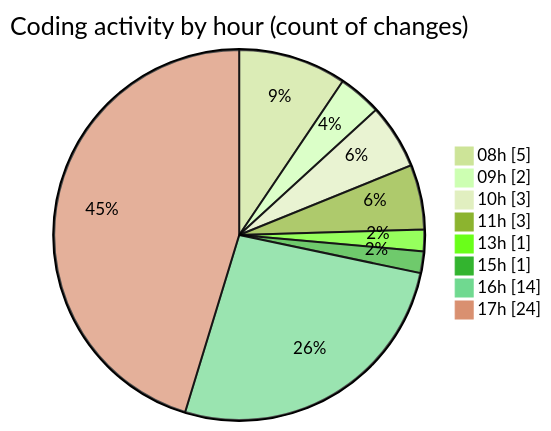
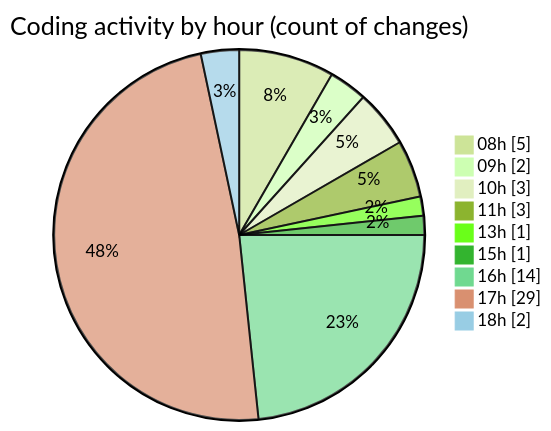
One commit to julien-gomy/code-tracking changed the second of 2 diagrams in 2025-10-27/eventscop-frontend-guide__workspace_/README.md. Above: the diagram before and after it, drawn with Mermaid (forest theme). The commit also changed other lines of this file and 1 other file, not shown here.

````diff
--- a/2025-10-27/eventscop-frontend-guide__workspace_/README.md
+++ b/2025-10-27/eventscop-frontend-guide__workspace_/README.md
@@ -42,12 +43,13 @@
 ```mermaid
 pie showData
 title Coding activity by hour (count of changes)
 "08h" : 5
 "09h" : 2
 "10h" : 3
 "11h" : 3
 "13h" : 1
 "15h" : 1
 "16h" : 14
-"17h" : 24
+"17h" : 29
+"18h" : 2
 ```
````
